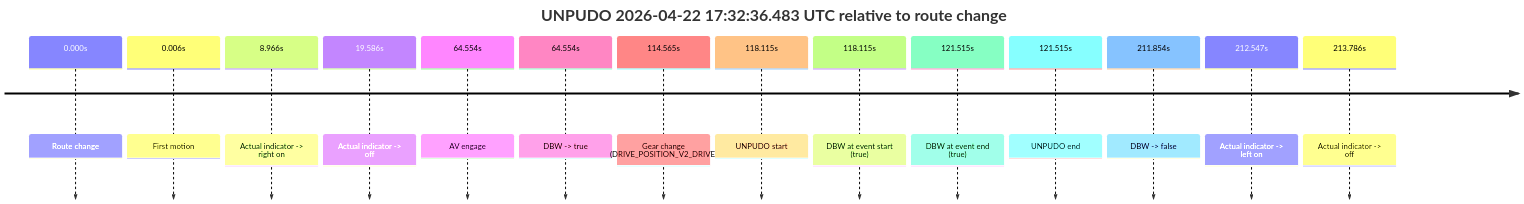
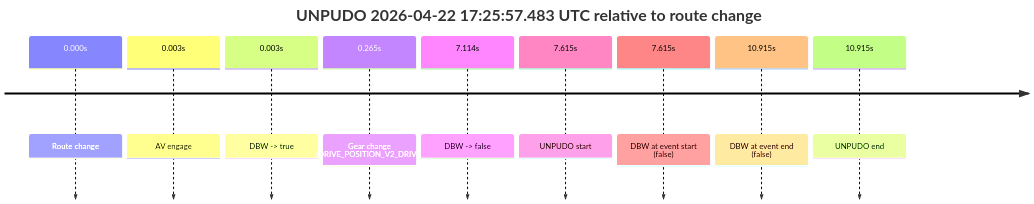
Before and after one commit to yoelshapiro/vault: the seventh of 8 diagrams in model_analysis/report_cards/2026/04/Week-4/fme10011--2026-04-22--16-24-19--gen2-av-c23a3e84-3c79-4aca-9235-ec3d393b1ae7.md, drawn with Mermaid. The commit also changed other lines of this file and 53 other files, not shown here.

````diff
--- a/model_analysis/report_cards/2026/04/Week-4/fme10011--2026-04-22--16-24-19--gen2-av-c23a3e84-3c79-4aca-9235-ec3d393b1ae7.md
+++ b/model_analysis/report_cards/2026/04/Week-4/fme10011--2026-04-22--16-24-19--gen2-av-c23a3e84-3c79-4aca-9235-ec3d393b1ae7.md
@@ -502,18 +580,13 @@
 ```mermaid
 timeline
-    title UNPUDO 2026-04-22 17:32:36.483 UTC relative to route change
+    title UNPUDO 2026-04-22 17:25:57.483 UTC relative to route change
     0.000s : Route change
-    0.006s : First motion
-    8.966s : Actual indicator -> right on
-    19.586s : Actual indicator -> off
-    64.554s : AV engage
-    64.554s : DBW -> true
-    114.565s : Gear change (DRIVE_POSITION_V2_DRIVE)
-    118.115s : UNPUDO start
-    118.115s : DBW at event start (true)
-    121.515s : DBW at event end (true)
-    121.515s : UNPUDO end
-    211.854s : DBW -> false
-    212.547s : Actual indicator -> left on
-    213.786s : Actual indicator -> off
+    0.003s : AV engage
+    0.003s : DBW -> true
+    0.265s : Gear change (DRIVE_POSITION_V2_DRIVE)
+    7.114s : DBW -> false
+    7.615s : UNPUDO start
+    7.615s : DBW at event start (false)
+    10.915s : DBW at event end (false)
+    10.915s : UNPUDO end
 ```
````
